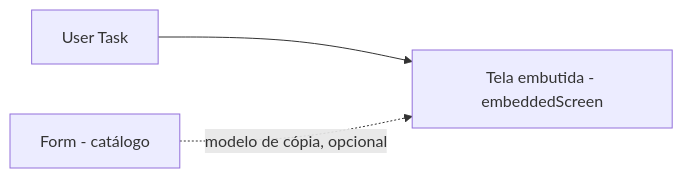
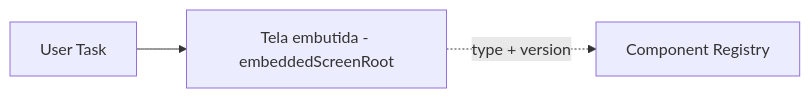
One commit to hermesnet-git/journey-admin changed the third of 9 diagrams in requisitos/admin/ej-admin-arquitetura-logica.md. Above: the diagram before and after it, drawn with Mermaid. The commit also changed other lines of this file and 230 other files, not shown here.

````diff
--- a/requisitos/admin/ej-admin-arquitetura-logica.md
+++ b/requisitos/admin/ej-admin-arquitetura-logica.md
@@ -353,9 +374,9 @@
 ```mermaid
 flowchart LR
     USER_TASK[User Task]
-    SCREEN[Tela embutida - embeddedScreen]
-    FORM[Form - catálogo]
+    SCREEN[Tela embutida - embeddedScreenRoot]
+    REGISTRY[Component Registry]
 
     USER_TASK --> SCREEN
-    FORM -.->|modelo de cópia, opcional| SCREEN
+    SCREEN -.->|type + version| REGISTRY
 ```
````
